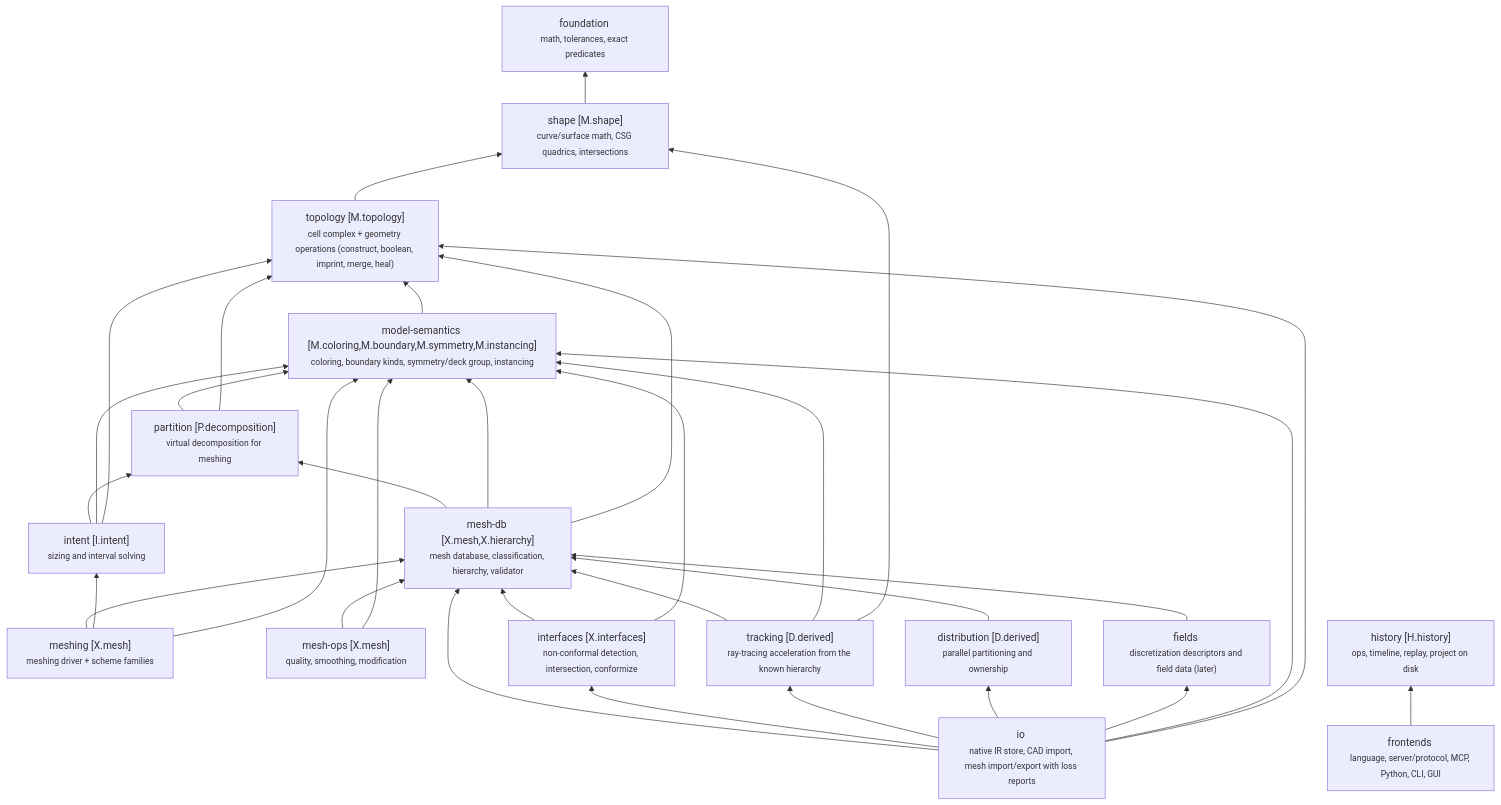
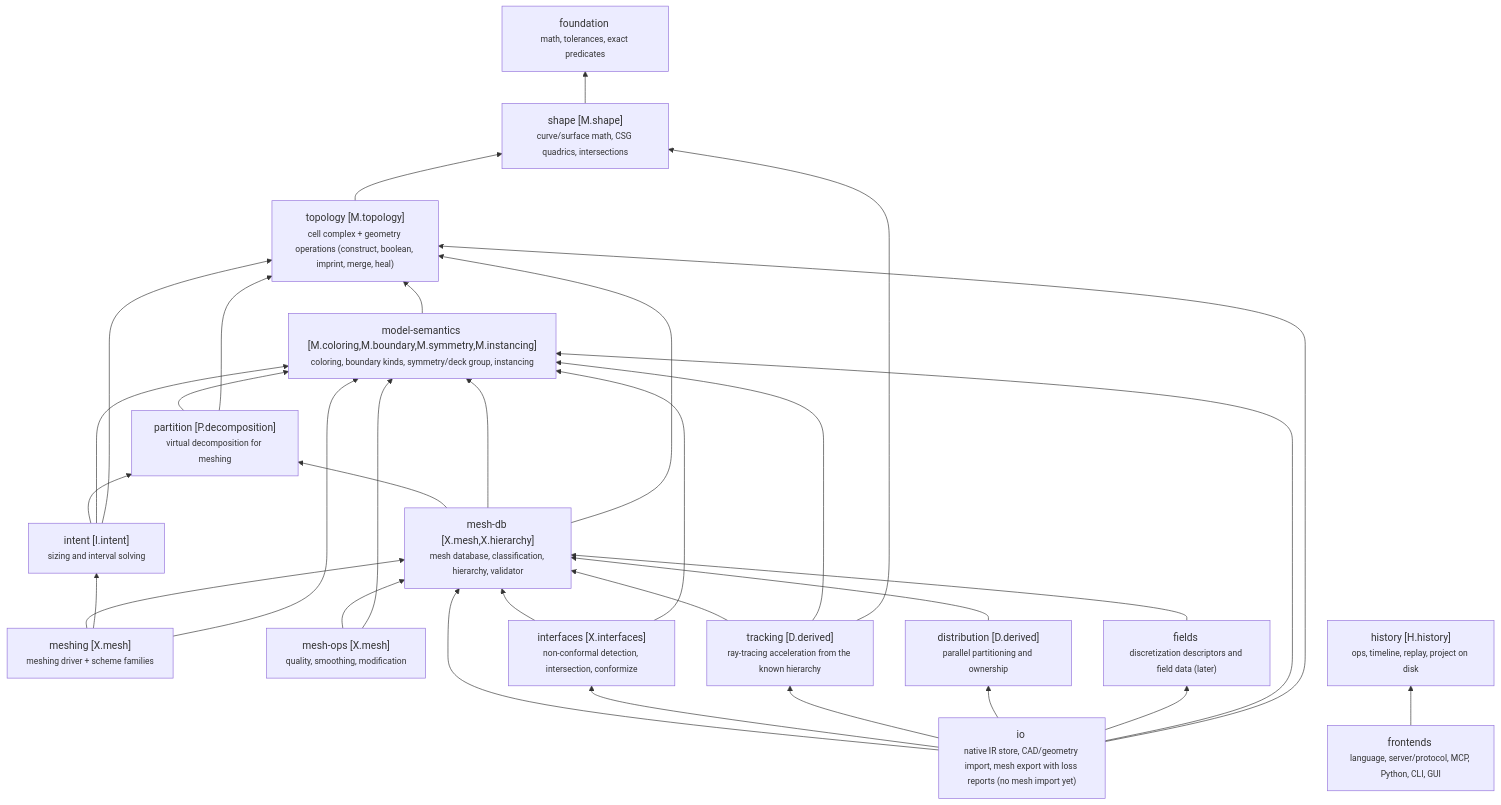
Before and after one commit to deOliveira-R/smart-mesher: the diagram in docs/graph/domains.mmd, drawn with Mermaid. The commit also changed 4 other files, not shown here.

First line of the commit message:
docs: geometry-in, meshes-out; defer mesh import

```diff
--- a/docs/graph/domains.mmd
+++ b/docs/graph/domains.mmd
@@ -1,48 +1,48 @@
 graph BT
   foundation["foundation <br/><small>math, tolerances, exact predicates</small>"]
   shape["shape [M.shape]<br/><small>curve/surface math, CSG quadrics, intersections</small>"]
   topology["topology [M.topology]<br/><small>cell complex + geometry operations (construct, boolean, imprint, merge, heal)</small>"]
   model_semantics["model-semantics [M.coloring,M.boundary,M.symmetry,M.instancing]<br/><small>coloring, boundary kinds, symmetry/deck group, instancing</small>"]
   partition["partition [P.decomposition]<br/><small>virtual decomposition for meshing</small>"]
   intent["intent [I.intent]<br/><small>sizing and interval solving</small>"]
   meshing["meshing [X.mesh]<br/><small>meshing driver + scheme families</small>"]
   mesh_db["mesh-db [X.mesh,X.hierarchy]<br/><small>mesh database, classification, hierarchy, validator</small>"]
   mesh_ops["mesh-ops [X.mesh]<br/><small>quality, smoothing, modification</small>"]
   interfaces["interfaces [X.interfaces]<br/><small>non-conformal detection, intersection, conformize</small>"]
   tracking["tracking [D.derived]<br/><small>ray-tracing acceleration from the known hierarchy</small>"]
   distribution["distribution [D.derived]<br/><small>parallel partitioning and ownership</small>"]
   fields["fields <br/><small>discretization descriptors and field data (later)</small>"]
-  io["io <br/><small>native IR store, CAD import, mesh import/export with loss reports</small>"]
+  io["io <br/><small>native IR store, CAD/geometry import, mesh export with loss reports (no mesh import yet)</small>"]
   history["history [H.history]<br/><small>ops, timeline, replay, project on disk</small>"]
   frontends["frontends <br/><small>language, server/protocol, MCP, Python, CLI, GUI</small>"]
   shape --> foundation
   topology --> shape
   model_semantics --> topology
   partition --> model_semantics
   partition --> topology
   intent --> partition
   intent --> model_semantics
   intent --> topology
   mesh_db --> partition
   mesh_db --> model_semantics
   mesh_db --> topology
   meshing --> mesh_db
   meshing --> intent
   meshing --> model_semantics
   mesh_ops --> mesh_db
   mesh_ops --> model_semantics
   interfaces --> mesh_db
   interfaces --> model_semantics
   tracking --> mesh_db
   tracking --> model_semantics
   tracking --> shape
   distribution --> mesh_db
   fields --> mesh_db
   io --> mesh_db
   io --> interfaces
   io --> tracking
   io --> distribution
   io --> fields
   io --> model_semantics
   io --> topology
   frontends --> history
```
